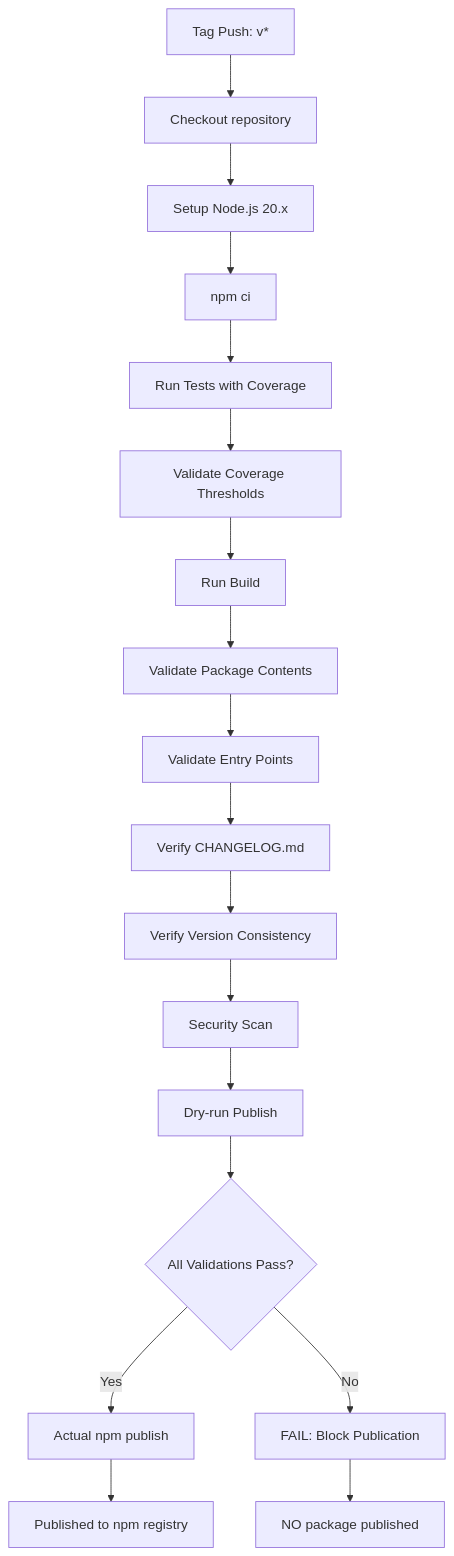
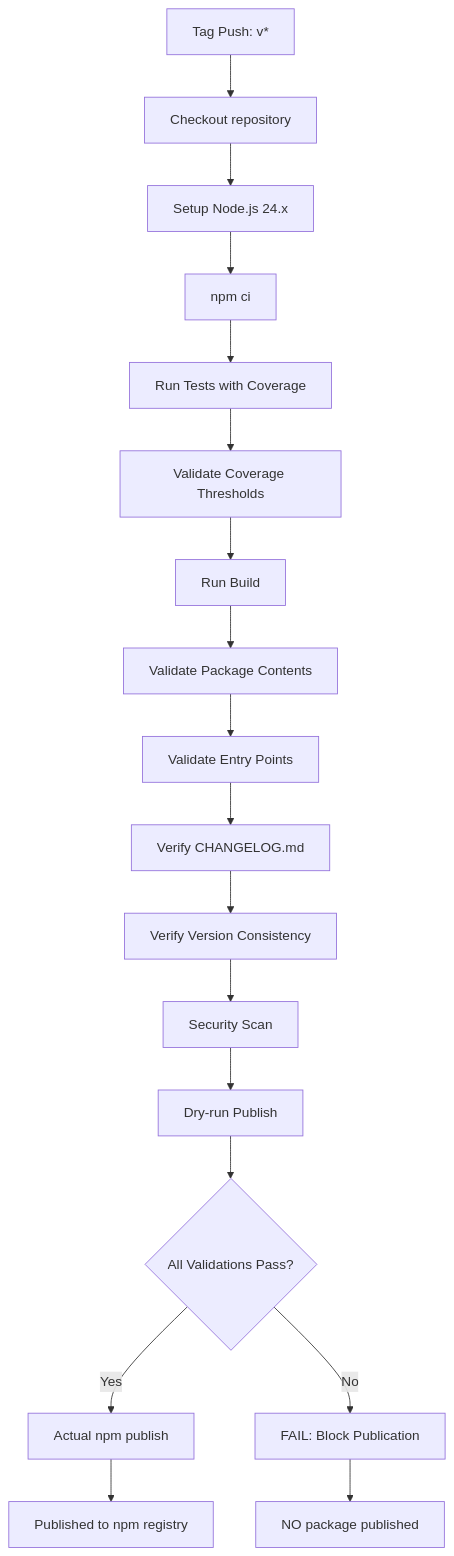
The first of 4 diagrams in openspec/changes/fix-infra-publish/specs/infrastructure/spec.md (gjchentw/opfs-cloud-file), drawn with Mermaid before and after one commit. The commit also changed other lines of this file and 23 other files, not shown here.

````diff
--- a/openspec/changes/fix-infra-publish/specs/infrastructure/spec.md
+++ b/openspec/changes/fix-infra-publish/specs/infrastructure/spec.md
@@ -26,20 +26,20 @@
 ```mermaid
 flowchart TD
     A[Tag Push: v*] --> B[Checkout repository]
-    B --> C[Setup Node.js 20.x]
+    B --> C[Setup Node.js 24.x]
     C --> D[npm ci]
     D --> E[Run Tests with Coverage]
     E --> F[Validate Coverage Thresholds]
     F --> G[Run Build]
     G --> H[Validate Package Contents]
     H --> I[Validate Entry Points]
     I --> J[Verify CHANGELOG.md]
     J --> K[Verify Version Consistency]
     K --> L[Security Scan]
     L --> M[Dry-run Publish]
     M --> N{All Validations Pass?}
     N -->|Yes| O[Actual npm publish]
     N -->|No| P[FAIL: Block Publication]
     O --> Q[Published to npm registry]
     P --> R[NO package published]
 ```
````
